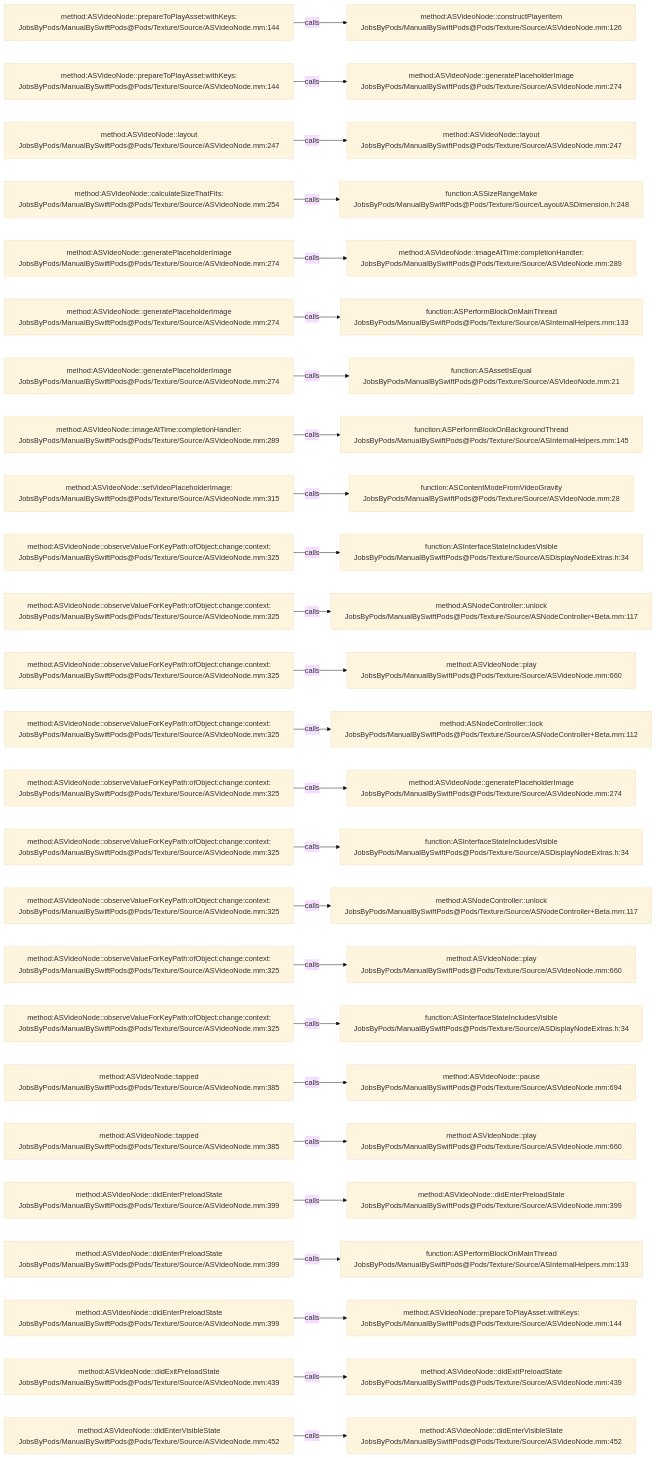
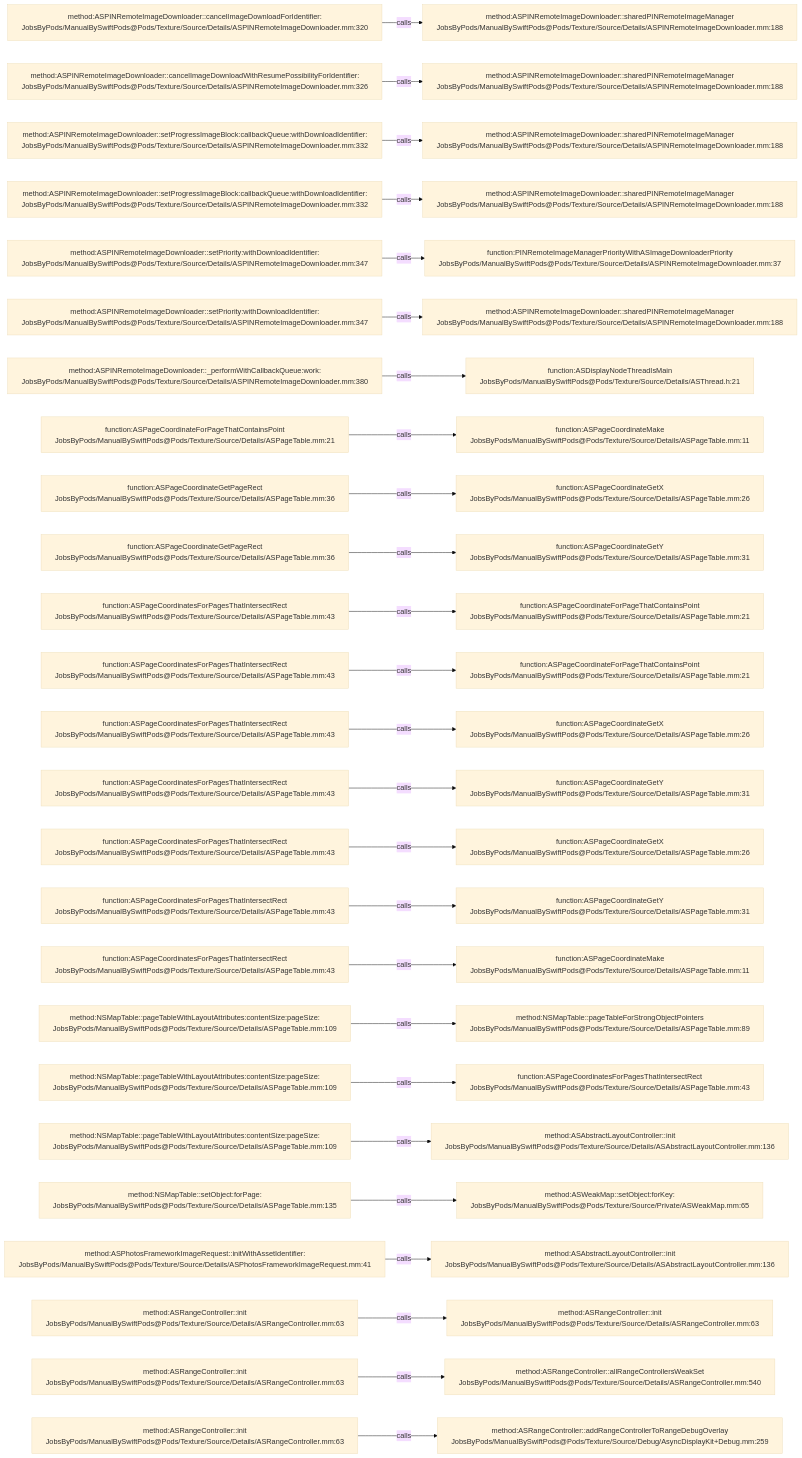
One commit to JobsKits/JobsSwiftBaseConfigDemo changed the diagram in .codegraph/codegraph.md/graphs/calls-093.md. Above: the diagram before and after it, drawn with Mermaid (base theme). The commit also changed 832 other files, not shown here.

````diff
--- a/.codegraph/codegraph.md/graphs/calls-093.md
+++ b/.codegraph/codegraph.md/graphs/calls-093.md
@@ -13,78 +13,78 @@
 ```mermaid
 flowchart LR
-  S1["method:ASVideoNode::prepareToPlayAsset:withKeys:<br/>JobsByPods/ManualBySwiftPods@Pods/Texture/Source/ASVideoNode.mm:144"]
-  T1["method:ASVideoNode::constructPlayerItem<br/>JobsByPods/ManualBySwiftPods@Pods/Texture/Source/ASVideoNode.mm:126"]
+  S1["method:ASPINRemoteImageDownloader::cancelImageDownloadForIdentifier:<br/>JobsByPods/ManualBySwiftPods@Pods/Texture/Source/Details/ASPINRemoteImageDownloader.mm:320"]
+  T1["method:ASPINRemoteImageDownloader::sharedPINRemoteImageManager<br/>JobsByPods/ManualBySwiftPods@Pods/Texture/Source/Details/ASPINRemoteImageDownloader.mm:188"]
   S1 -->|calls| T1
-  S2["method:ASVideoNode::prepareToPlayAsset:withKeys:<br/>JobsByPods/ManualBySwiftPods@Pods/Texture/Source/ASVideoNode.mm:144"]
-  T2["method:ASVideoNode::generatePlaceholderImage<br/>JobsByPods/ManualBySwiftPods@Pods/Texture/Source/ASVideoNode.mm:274"]
+  S2["method:ASPINRemoteImageDownloader::cancelImageDownloadWithResumePossibilityForIdentifier:<br/>JobsByPods/ManualBySwiftPods@Pods/Texture/Source/Details/ASPINRemoteImageDownloader.mm:326"]
+  T2["method:ASPINRemoteImageDownloader::sharedPINRemoteImageManager<br/>JobsByPods/ManualBySwiftPods@Pods/Texture/Source/Details/ASPINRemoteImageDownloader.mm:188"]
   S2 -->|calls| T2
-  S3["method:ASVideoNode::layout<br/>JobsByPods/ManualBySwiftPods@Pods/Texture/Source/ASVideoNode.mm:247"]
-  T3["method:ASVideoNode::layout<br/>JobsByPods/ManualBySwiftPods@Pods/Texture/Source/ASVideoNode.mm:247"]
+  S3["method:ASPINRemoteImageDownloader::setProgressImageBlock:callbackQueue:withDownloadIdentifier:<br/>JobsByPods/ManualBySwiftPods@Pods/Texture/Source/Details/ASPINRemoteImageDownloader.mm:332"]
+  T3["method:ASPINRemoteImageDownloader::sharedPINRemoteImageManager<br/>JobsByPods/ManualBySwiftPods@Pods/Texture/Source/Details/ASPINRemoteImageDownloader.mm:188"]
   S3 -->|calls| T3
-  S4["method:ASVideoNode::calculateSizeThatFits:<br/>JobsByPods/ManualBySwiftPods@Pods/Texture/Source/ASVideoNode.mm:254"]
-  T4["function:ASSizeRangeMake<br/>JobsByPods/ManualBySwiftPods@Pods/Texture/Source/Layout/ASDimension.h:248"]
+  S4["method:ASPINRemoteImageDownloader::setProgressImageBlock:callbackQueue:withDownloadIdentifier:<br/>JobsByPods/ManualBySwiftPods@Pods/Texture/Source/Details/ASPINRemoteImageDownloader.mm:332"]
+  T4["method:ASPINRemoteImageDownloader::sharedPINRemoteImageManager<br/>JobsByPods/ManualBySwiftPods@Pods/Texture/Source/Details/ASPINRemoteImageDownloader.mm:188"]
   S4 -->|calls| T4
-  S5["method:ASVideoNode::generatePlaceholderImage<br/>JobsByPods/ManualBySwiftPods@Pods/Texture/Source/ASVideoNode.mm:274"]
-  T5["method:ASVideoNode::imageAtTime:completionHandler:<br/>JobsByPods/ManualBySwiftPods@Pods/Texture/Source/ASVideoNode.mm:289"]
+  S5["method:ASPINRemoteImageDownloader::setPriority:withDownloadIdentifier:<br/>JobsByPods/ManualBySwiftPods@Pods/Texture/Source/Details/ASPINRemoteImageDownloader.mm:347"]
+  T5["function:PINRemoteImageManagerPriorityWithASImageDownloaderPriority<br/>JobsByPods/ManualBySwiftPods@Pods/Texture/Source/Details/ASPINRemoteImageDownloader.mm:37"]
   S5 -->|calls| T5
-  S6["method:ASVideoNode::generatePlaceholderImage<br/>JobsByPods/ManualBySwiftPods@Pods/Texture/Source/ASVideoNode.mm:274"]
-  T6["function:ASPerformBlockOnMainThread<br/>JobsByPods/ManualBySwiftPods@Pods/Texture/Source/ASInternalHelpers.mm:133"]
+  S6["method:ASPINRemoteImageDownloader::setPriority:withDownloadIdentifier:<br/>JobsByPods/ManualBySwiftPods@Pods/Texture/Source/Details/ASPINRemoteImageDownloader.mm:347"]
+  T6["method:ASPINRemoteImageDownloader::sharedPINRemoteImageManager<br/>JobsByPods/ManualBySwiftPods@Pods/Texture/Source/Details/ASPINRemoteImageDownloader.mm:188"]
   S6 -->|calls| T6
-  S7["method:ASVideoNode::generatePlaceholderImage<br/>JobsByPods/ManualBySwiftPods@Pods/Texture/Source/ASVideoNode.mm:274"]
-  T7["function:ASAssetIsEqual<br/>JobsByPods/ManualBySwiftPods@Pods/Texture/Source/ASVideoNode.mm:21"]
+  S7["method:ASPINRemoteImageDownloader::_performWithCallbackQueue:work:<br/>JobsByPods/ManualBySwiftPods@Pods/Texture/Source/Details/ASPINRemoteImageDownloader.mm:380"]
+  T7["function:ASDisplayNodeThreadIsMain<br/>JobsByPods/ManualBySwiftPods@Pods/Texture/Source/Details/ASThread.h:21"]
   S7 -->|calls| T7
-  S8["method:ASVideoNode::imageAtTime:completionHandler:<br/>JobsByPods/ManualBySwiftPods@Pods/Texture/Source/ASVideoNode.mm:289"]
-  T8["function:ASPerformBlockOnBackgroundThread<br/>JobsByPods/ManualBySwiftPods@Pods/Texture/Source/ASInternalHelpers.mm:145"]
+  S8["function:ASPageCoordinateForPageThatContainsPoint<br/>JobsByPods/ManualBySwiftPods@Pods/Texture/Source/Details/ASPageTable.mm:21"]
+  T8["function:ASPageCoordinateMake<br/>JobsByPods/ManualBySwiftPods@Pods/Texture/Source/Details/ASPageTable.mm:11"]
   S8 -->|calls| T8
-  S9["method:ASVideoNode::setVideoPlaceholderImage:<br/>JobsByPods/ManualBySwiftPods@Pods/Texture/Source/ASVideoNode.mm:315"]
-  T9["function:ASContentModeFromVideoGravity<br/>JobsByPods/ManualBySwiftPods@Pods/Texture/Source/ASVideoNode.mm:28"]
+  S9["function:ASPageCoordinateGetPageRect<br/>JobsByPods/ManualBySwiftPods@Pods/Texture/Source/Details/ASPageTable.mm:36"]
+  T9["function:ASPageCoordinateGetX<br/>JobsByPods/ManualBySwiftPods@Pods/Texture/Source/Details/ASPageTable.mm:26"]
   S9 -->|calls| T9
-  S10["method:ASVideoNode::observeValueForKeyPath:ofObject:change:context:<br/>JobsByPods/ManualBySwiftPods@Pods/Texture/Source/ASVideoNode.mm:325"]
-  T10["function:ASInterfaceStateIncludesVisible<br/>JobsByPods/ManualBySwiftPods@Pods/Texture/Source/ASDisplayNodeExtras.h:34"]
+  S10["function:ASPageCoordinateGetPageRect<br/>JobsByPods/ManualBySwiftPods@Pods/Texture/Source/Details/ASPageTable.mm:36"]
+  T10["function:ASPageCoordinateGetY<br/>JobsByPods/ManualBySwiftPods@Pods/Texture/Source/Details/ASPageTable.mm:31"]
   S10 -->|calls| T10
-  S11["method:ASVideoNode::observeValueForKeyPath:ofObject:change:context:<br/>JobsByPods/ManualBySwiftPods@Pods/Texture/Source/ASVideoNode.mm:325"]
-  T11["method:ASNodeController::unlock<br/>JobsByPods/ManualBySwiftPods@Pods/Texture/Source/ASNodeController+Beta.mm:117"]
+  S11["function:ASPageCoordinatesForPagesThatIntersectRect<br/>JobsByPods/ManualBySwiftPods@Pods/Texture/Source/Details/ASPageTable.mm:43"]
+  T11["function:ASPageCoordinateForPageThatContainsPoint<br/>JobsByPods/ManualBySwiftPods@Pods/Texture/Source/Details/ASPageTable.mm:21"]
   S11 -->|calls| T11
-  S12["method:ASVideoNode::observeValueForKeyPath:ofObject:change:context:<br/>JobsByPods/ManualBySwiftPods@Pods/Texture/Source/ASVideoNode.mm:325"]
-  T12["method:ASVideoNode::play<br/>JobsByPods/ManualBySwiftPods@Pods/Texture/Source/ASVideoNode.mm:660"]
+  S12["function:ASPageCoordinatesForPagesThatIntersectRect<br/>JobsByPods/ManualBySwiftPods@Pods/Texture/Source/Details/ASPageTable.mm:43"]
+  T12["function:ASPageCoordinateForPageThatContainsPoint<br/>JobsByPods/ManualBySwiftPods@Pods/Texture/Source/Details/ASPageTable.mm:21"]
   S12 -->|calls| T12
-  S13["method:ASVideoNode::observeValueForKeyPath:ofObject:change:context:<br/>JobsByPods/ManualBySwiftPods@Pods/Texture/Source/ASVideoNode.mm:325"]
-  T13["method:ASNodeController::lock<br/>JobsByPods/ManualBySwiftPods@Pods/Texture/Source/ASNodeController+Beta.mm:112"]
+  S13["function:ASPageCoordinatesForPagesThatIntersectRect<br/>JobsByPods/ManualBySwiftPods@Pods/Texture/Source/Details/ASPageTable.mm:43"]
+  T13["function:ASPageCoordinateGetX<br/>JobsByPods/ManualBySwiftPods@Pods/Texture/Source/Details/ASPageTable.mm:26"]
   S13 -->|calls| T13
-  S14["method:ASVideoNode::observeValueForKeyPath:ofObject:change:context:<br/>JobsByPods/ManualBySwiftPods@Pods/Texture/Source/ASVideoNode.mm:325"]
-  T14["method:ASVideoNode::generatePlaceholderImage<br/>JobsByPods/ManualBySwiftPods@Pods/Texture/Source/ASVideoNode.mm:274"]
+  S14["function:ASPageCoordinatesForPagesThatIntersectRect<br/>JobsByPods/ManualBySwiftPods@Pods/Texture/Source/Details/ASPageTable.mm:43"]
+  T14["function:ASPageCoordinateGetY<br/>JobsByPods/ManualBySwiftPods@Pods/Texture/Source/Details/ASPageTable.mm:31"]
   S14 -->|calls| T14
-  S15["method:ASVideoNode::observeValueForKeyPath:ofObject:change:context:<br/>JobsByPods/ManualBySwiftPods@Pods/Texture/Source/ASVideoNode.mm:325"]
-  T15["function:ASInterfaceStateIncludesVisible<br/>JobsByPods/ManualBySwiftPods@Pods/Texture/Source/ASDisplayNodeExtras.h:34"]
+  S15["function:ASPageCoordinatesForPagesThatIntersectRect<br/>JobsByPods/ManualBySwiftPods@Pods/Texture/Source/Details/ASPageTable.mm:43"]
+  T15["function:ASPageCoordinateGetX<br/>JobsByPods/ManualBySwiftPods@Pods/Texture/Source/Details/ASPageTable.mm:26"]
   S15 -->|calls| T15
-  S16["method:ASVideoNode::observeValueForKeyPath:ofObject:change:context:<br/>JobsByPods/ManualBySwiftPods@Pods/Texture/Source/ASVideoNode.mm:325"]
-  T16["method:ASNodeController::unlock<br/>JobsByPods/ManualBySwiftPods@Pods/Texture/Source/ASNodeController+Beta.mm:117"]
+  S16["function:ASPageCoordinatesForPagesThatIntersectRect<br/>JobsByPods/ManualBySwiftPods@Pods/Texture/Source/Details/ASPageTable.mm:43"]
+  T16["function:ASPageCoordinateGetY<br/>JobsByPods/ManualBySwiftPods@Pods/Texture/Source/Details/ASPageTable.mm:31"]
   S16 -->|calls| T16
-  S17["method:ASVideoNode::observeValueForKeyPath:ofObject:change:context:<br/>JobsByPods/ManualBySwiftPods@Pods/Texture/Source/ASVideoNode.mm:325"]
-  T17["method:ASVideoNode::play<br/>JobsByPods/ManualBySwiftPods@Pods/Texture/Source/ASVideoNode.mm:660"]
+  S17["function:ASPageCoordinatesForPagesThatIntersectRect<br/>JobsByPods/ManualBySwiftPods@Pods/Texture/Source/Details/ASPageTable.mm:43"]
+  T17["function:ASPageCoordinateMake<br/>JobsByPods/ManualBySwiftPods@Pods/Texture/Source/Details/ASPageTable.mm:11"]
   S17 -->|calls| T17
-  S18["method:ASVideoNode::observeValueForKeyPath:ofObject:change:context:<br/>JobsByPods/ManualBySwiftPods@Pods/Texture/Source/ASVideoNode.mm:325"]
-  T18["function:ASInterfaceStateIncludesVisible<br/>JobsByPods/ManualBySwiftPods@Pods/Texture/Source/ASDisplayNodeExtras.h:34"]
+  S18["method:NSMapTable::pageTableWithLayoutAttributes:contentSize:pageSize:<br/>JobsByPods/ManualBySwiftPods@Pods/Texture/Source/Details/ASPageTable.mm:109"]
+  T18["method:NSMapTable::pageTableForStrongObjectPointers<br/>JobsByPods/ManualBySwiftPods@Pods/Texture/Source/Details/ASPageTable.mm:89"]
   S18 -->|calls| T18
-  S19["method:ASVideoNode::tapped<br/>JobsByPods/ManualBySwiftPods@Pods/Texture/Source/ASVideoNode.mm:385"]
-  T19["method:ASVideoNode::pause<br/>JobsByPods/ManualBySwiftPods@Pods/Texture/Source/ASVideoNode.mm:694"]
+  S19["method:NSMapTable::pageTableWithLayoutAttributes:contentSize:pageSize:<br/>JobsByPods/ManualBySwiftPods@Pods/Texture/Source/Details/ASPageTable.mm:109"]
+  T19["function:ASPageCoordinatesForPagesThatIntersectRect<br/>JobsByPods/ManualBySwiftPods@Pods/Texture/Source/Details/ASPageTable.mm:43"]
   S19 -->|calls| T19
-  S20["method:ASVideoNode::tapped<br/>JobsByPods/ManualBySwiftPods@Pods/Texture/Source/ASVideoNode.mm:385"]
-  T20["method:ASVideoNode::play<br/>JobsByPods/ManualBySwiftPods@Pods/Texture/Source/ASVideoNode.mm:660"]
+  S20["method:NSMapTable::pageTableWithLayoutAttributes:contentSize:pageSize:<br/>JobsByPods/ManualBySwiftPods@Pods/Texture/Source/Details/ASPageTable.mm:109"]
+  T20["method:ASAbstractLayoutController::init<br/>JobsByPods/ManualBySwiftPods@Pods/Texture/Source/Details/ASAbstractLayoutController.mm:136"]
   S20 -->|calls| T20
-  S21["method:ASVideoNode::didEnterPreloadState<br/>JobsByPods/ManualBySwiftPods@Pods/Texture/Source/ASVideoNode.mm:399"]
-  T21["method:ASVideoNode::didEnterPreloadState<br/>JobsByPods/ManualBySwiftPods@Pods/Texture/Source/ASVideoNode.mm:399"]
+  S21["method:NSMapTable::setObject:forPage:<br/>JobsByPods/ManualBySwiftPods@Pods/Texture/Source/Details/ASPageTable.mm:135"]
+  T21["method:ASWeakMap::setObject:forKey:<br/>JobsByPods/ManualBySwiftPods@Pods/Texture/Source/Private/ASWeakMap.mm:65"]
   S21 -->|calls| T21
-  S22["method:ASVideoNode::didEnterPreloadState<br/>JobsByPods/ManualBySwiftPods@Pods/Texture/Source/ASVideoNode.mm:399"]
-  T22["function:ASPerformBlockOnMainThread<br/>JobsByPods/ManualBySwiftPods@Pods/Texture/Source/ASInternalHelpers.mm:133"]
+  S22["method:ASPhotosFrameworkImageRequest::initWithAssetIdentifier:<br/>JobsByPods/ManualBySwiftPods@Pods/Texture/Source/Details/ASPhotosFrameworkImageRequest.mm:41"]
+  T22["method:ASAbstractLayoutController::init<br/>JobsByPods/ManualBySwiftPods@Pods/Texture/Source/Details/ASAbstractLayoutController.mm:136"]
   S22 -->|calls| T22
-  S23["method:ASVideoNode::didEnterPreloadState<br/>JobsByPods/ManualBySwiftPods@Pods/Texture/Source/ASVideoNode.mm:399"]
-  T23["method:ASVideoNode::prepareToPlayAsset:withKeys:<br/>JobsByPods/ManualBySwiftPods@Pods/Texture/Source/ASVideoNode.mm:144"]
+  S23["method:ASRangeController::init<br/>JobsByPods/ManualBySwiftPods@Pods/Texture/Source/Details/ASRangeController.mm:63"]
+  T23["method:ASRangeController::init<br/>JobsByPods/ManualBySwiftPods@Pods/Texture/Source/Details/ASRangeController.mm:63"]
   S23 -->|calls| T23
-  S24["method:ASVideoNode::didExitPreloadState<br/>JobsByPods/ManualBySwiftPods@Pods/Texture/Source/ASVideoNode.mm:439"]
-  T24["method:ASVideoNode::didExitPreloadState<br/>JobsByPods/ManualBySwiftPods@Pods/Texture/Source/ASVideoNode.mm:439"]
+  S24["method:ASRangeController::init<br/>JobsByPods/ManualBySwiftPods@Pods/Texture/Source/Details/ASRangeController.mm:63"]
+  T24["method:ASRangeController::allRangeControllersWeakSet<br/>JobsByPods/ManualBySwiftPods@Pods/Texture/Source/Details/ASRangeController.mm:540"]
   S24 -->|calls| T24
-  S25["method:ASVideoNode::didEnterVisibleState<br/>JobsByPods/ManualBySwiftPods@Pods/Texture/Source/ASVideoNode.mm:452"]
-  T25["method:ASVideoNode::didEnterVisibleState<br/>JobsByPods/ManualBySwiftPods@Pods/Texture/Source/ASVideoNode.mm:452"]
+  S25["method:ASRangeController::init<br/>JobsByPods/ManualBySwiftPods@Pods/Texture/Source/Details/ASRangeController.mm:63"]
+  T25["method:ASRangeController::addRangeControllerToRangeDebugOverlay<br/>JobsByPods/ManualBySwiftPods@Pods/Texture/Source/Debug/AsyncDisplayKit+Debug.mm:259"]
   S25 -->|calls| T25
 ```
````
